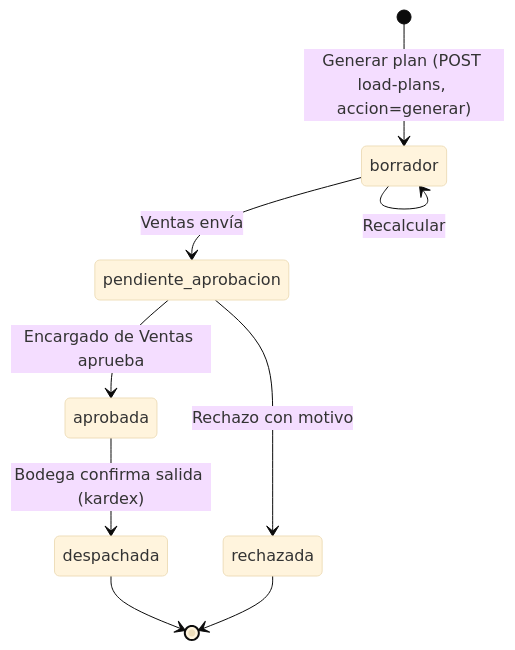
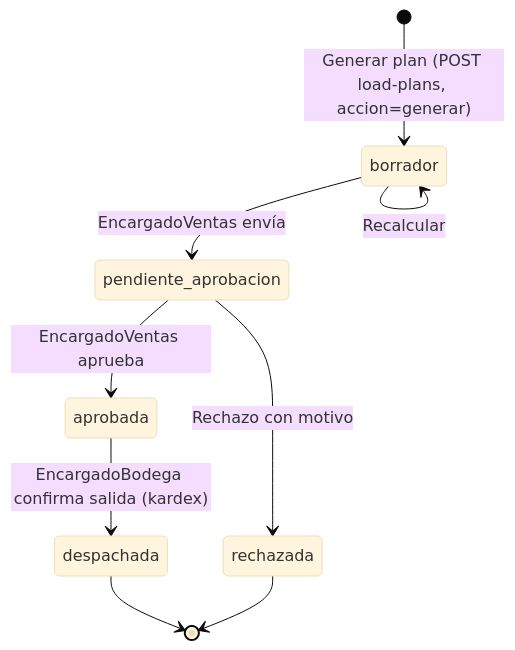
The third of 4 diagrams in docs/architecture/00-especificacion.md (WEHL1993/Proyecto-de-graduacion-Wilson), drawn with Mermaid (base theme) before and after one commit. The commit also changed other lines of this file and 31 other files, not shown here.

````diff
--- a/docs/architecture/00-especificacion.md
+++ b/docs/architecture/00-especificacion.md
@@ -105,11 +108,11 @@
 ```mermaid
 stateDiagram-v2
     [*] --> borrador: Generar plan (POST load-plans, accion=generar)
-    borrador --> pendiente_aprobacion: Ventas envía
-    pendiente_aprobacion --> aprobada: Encargado de Ventas aprueba
+    borrador --> pendiente_aprobacion: EncargadoVentas envía
+    pendiente_aprobacion --> aprobada: EncargadoVentas aprueba
     pendiente_aprobacion --> rechazada: Rechazo con motivo
     borrador --> borrador: Recalcular
-    aprobada --> despachada: Bodega confirma salida (kardex)
+    aprobada --> despachada: EncargadoBodega confirma salida (kardex)
     rechazada --> [*]
     despachada --> [*]
 ```
````
